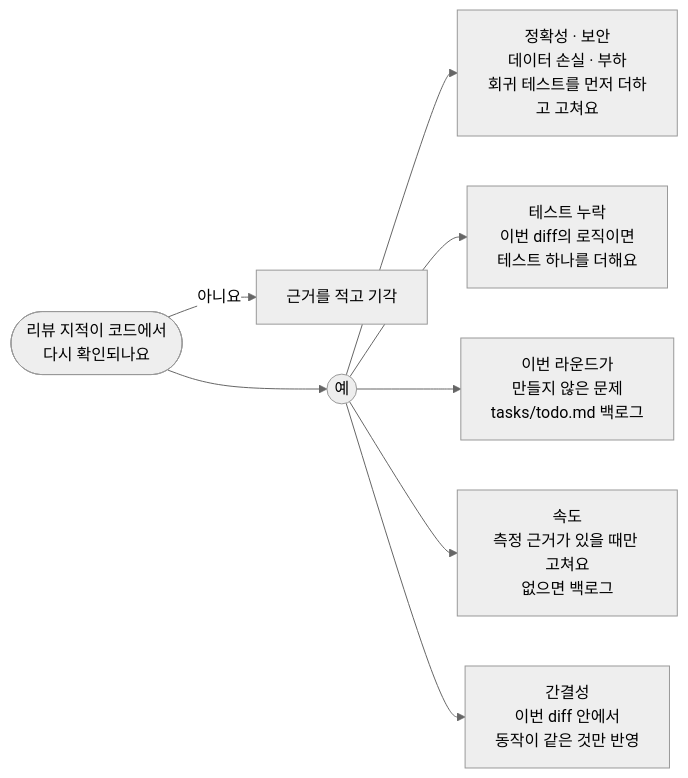
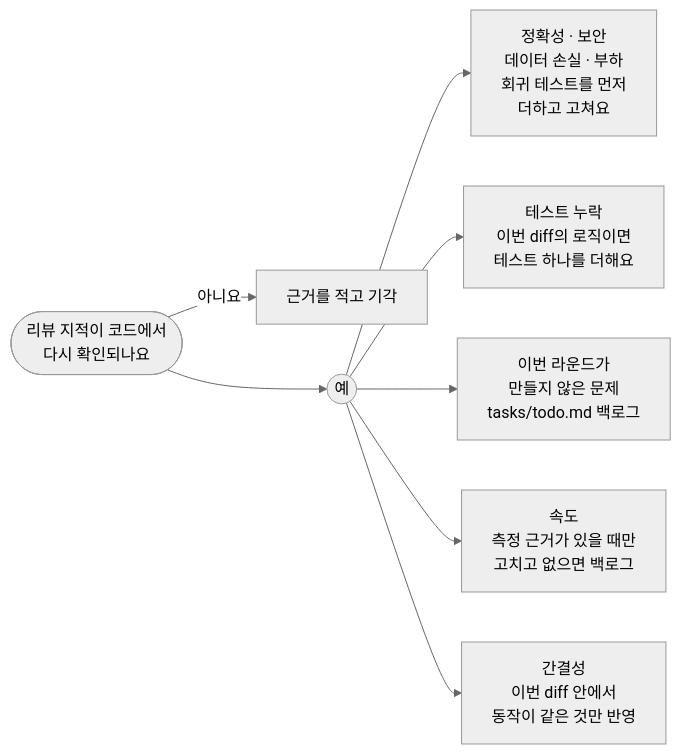
Diagram 12 of 12 in handbook/skills/brain-flow.md (roadkwon-ai/pro-kit), drawn with Mermaid (neutral theme) before and after one commit. The commit also changed other lines of this file and 9 other files, not shown here.

````diff
--- a/handbook/skills/brain-flow.md
+++ b/handbook/skills/brain-flow.md
@@ -328,16 +328,16 @@
 ```mermaid
 ---
 config:
   flowchart:
     wrappingWidth: 160
     rankSpacing: 30
 ---
 flowchart LR
   Q(["리뷰 지적이 코드에서<br/>다시 확인되나요"]) -->|"아니요"| X["근거를 적고 기각"]
   Q --> K(("예"))
-  K --> K1["정확성 · 보안<br/>데이터 손실 · 부하<br/>회귀 테스트를 먼저 더하고 고쳐요"]
+  K --> K1["정확성 · 보안<br/>데이터 손실 · 부하<br/>회귀 테스트를 먼저<br/>더하고 고쳐요"]
   K --> K2["테스트 누락<br/>이번 diff의 로직이면<br/>테스트 하나를 더해요"]
   K --> K3["이번 라운드가<br/>만들지 않은 문제<br/>tasks/todo.md 백로그"]
-  K --> K4["속도<br/>측정 근거가 있을 때만 고쳐요<br/>없으면 백로그"]
+  K --> K4["속도<br/>측정 근거가 있을 때만<br/>고치고 없으면 백로그"]
   K --> K5["간결성<br/>이번 diff 안에서<br/>동작이 같은 것만 반영"]
 ```
````
